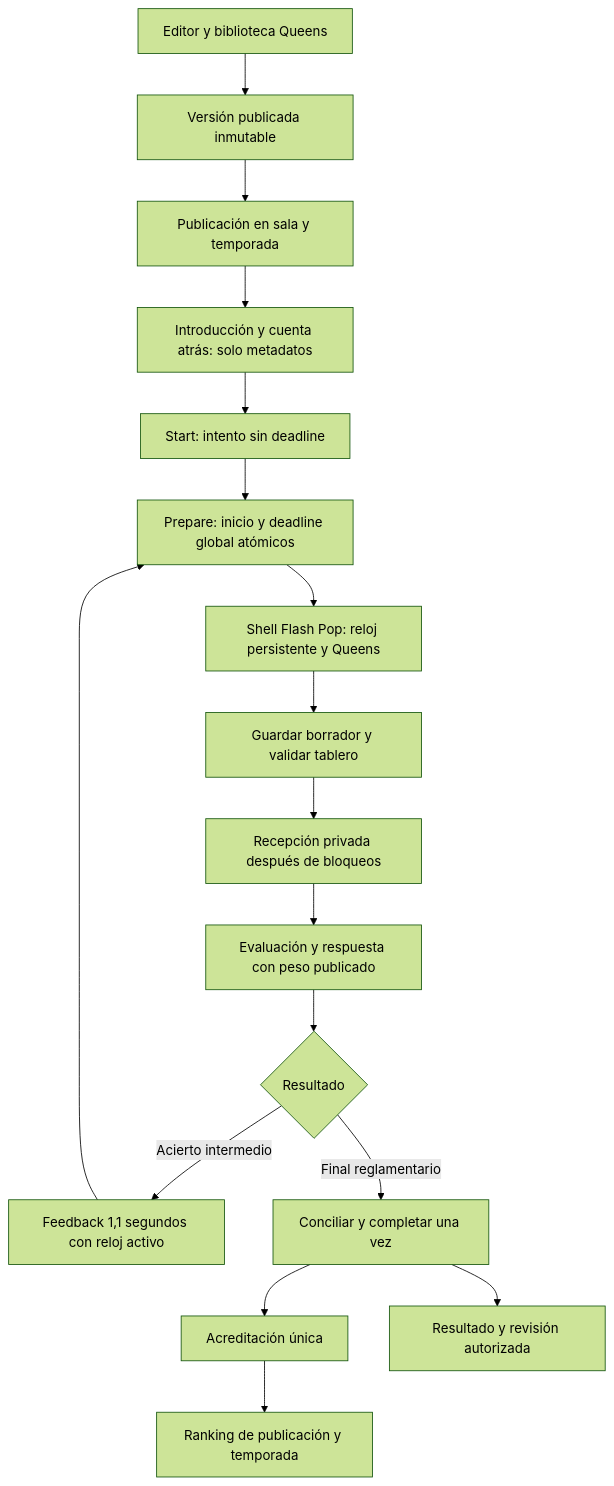
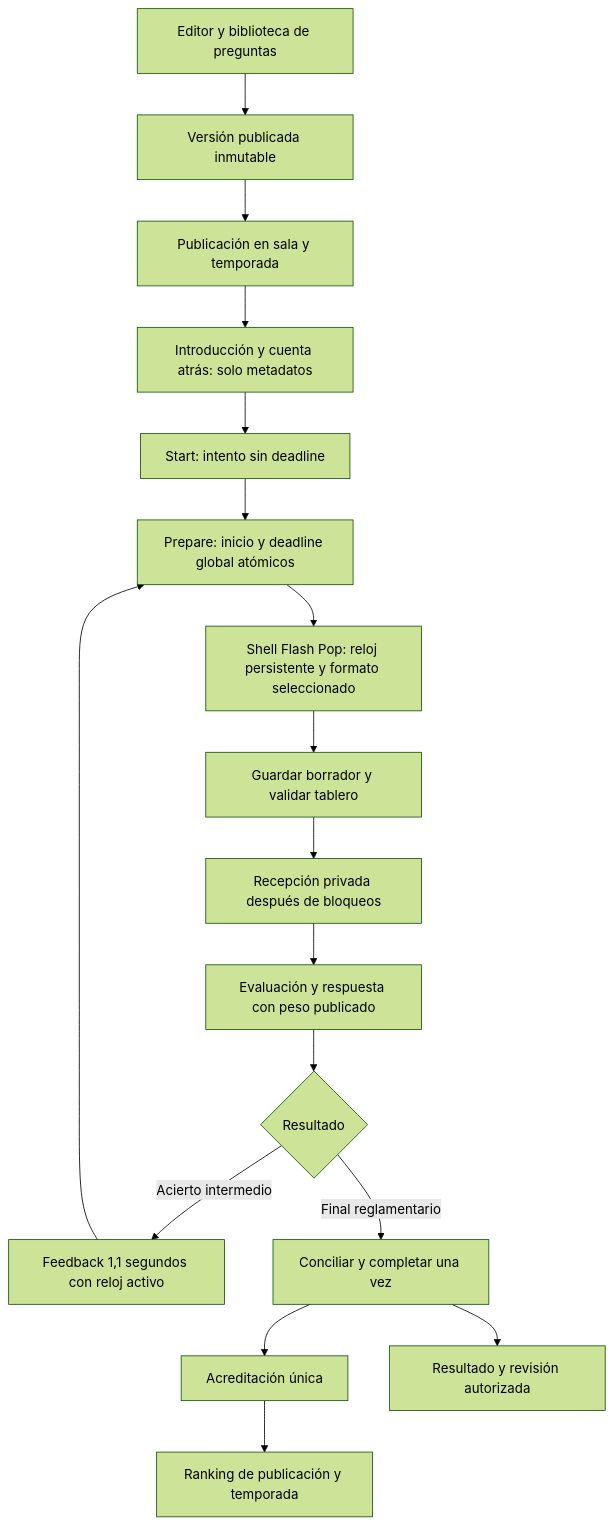
The diagram in docs/current/domain/contrarreloj.md (josemn24/the-flash-game), drawn with Mermaid (forest theme) before and after one commit. The commit also changed other lines of this file and 71 other files, not shown here.

````diff
--- a/docs/current/domain/contrarreloj.md
+++ b/docs/current/domain/contrarreloj.md
@@ -91,19 +102,19 @@
 ```mermaid
 flowchart TD
-  Editor[Editor y biblioteca Queens] --> Version[Versión publicada inmutable]
+  Editor[Editor y biblioteca de preguntas] --> Version[Versión publicada inmutable]
   Version --> Publicacion[Publicación en sala y temporada]
   Publicacion --> Intro[Introducción y cuenta atrás: solo metadatos]
   Intro --> Start[Start: intento sin deadline]
   Start --> Prepare[Prepare: inicio y deadline global atómicos]
-  Prepare --> UI[Shell Flash Pop: reloj persistente y Queens]
+  Prepare --> UI[Shell Flash Pop: reloj persistente y formato seleccionado]
   UI --> Validacion[Guardar borrador y validar tablero]
   Validacion --> Recepcion[Recepción privada después de bloqueos]
   Recepcion --> Evaluacion[Evaluación y respuesta con peso publicado]
   Evaluacion --> Decision{Resultado}
   Decision -->|Acierto intermedio| Transicion[Feedback 1,1 segundos con reloj activo]
   Transicion --> Prepare
   Decision -->|Final reglamentario| Cierre[Conciliar y completar una vez]
   Cierre --> Ledger[Acreditación única]
   Ledger --> Rankings[Ranking de publicación y temporada]
   Cierre --> Revision[Resultado y revisión autorizada]
 ```
````
